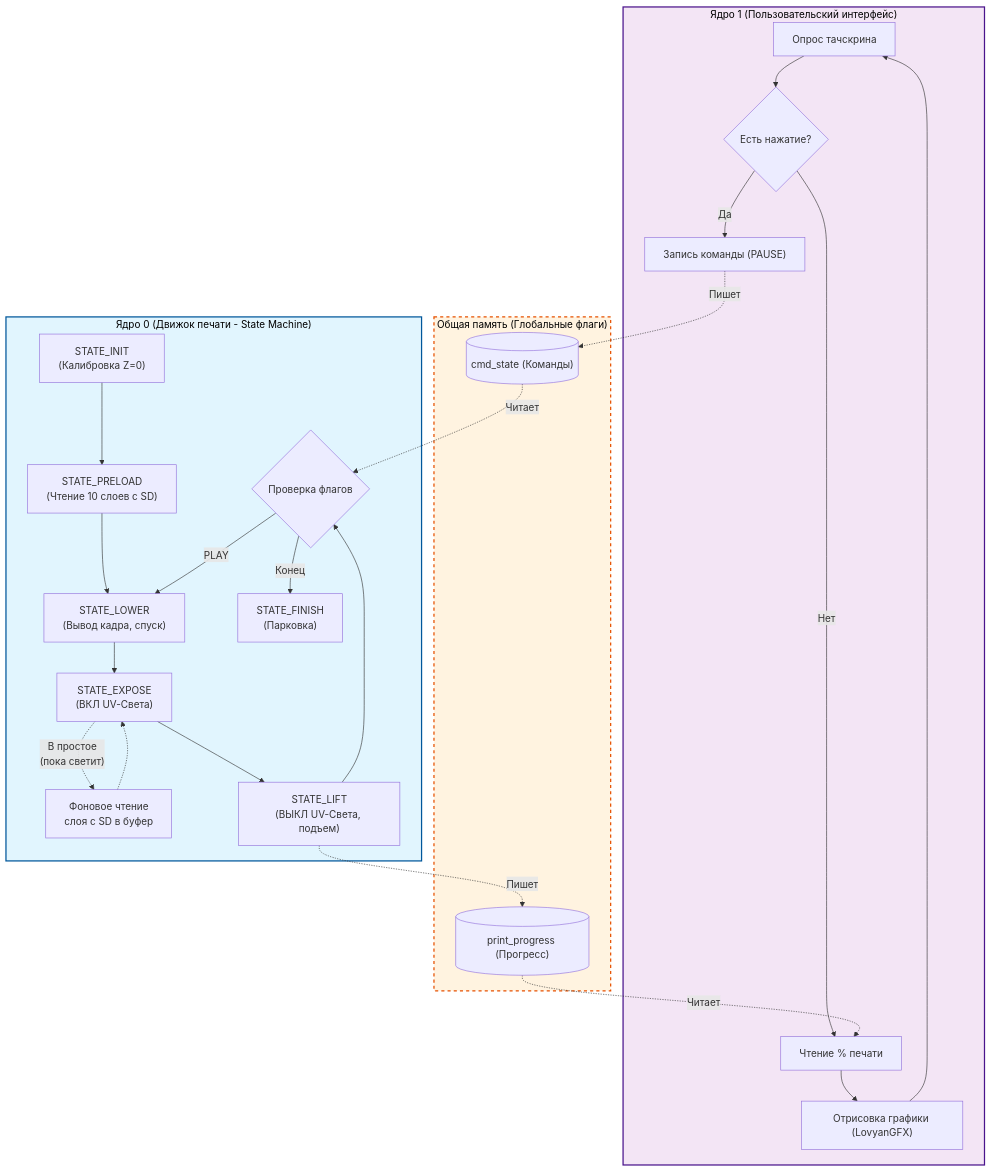
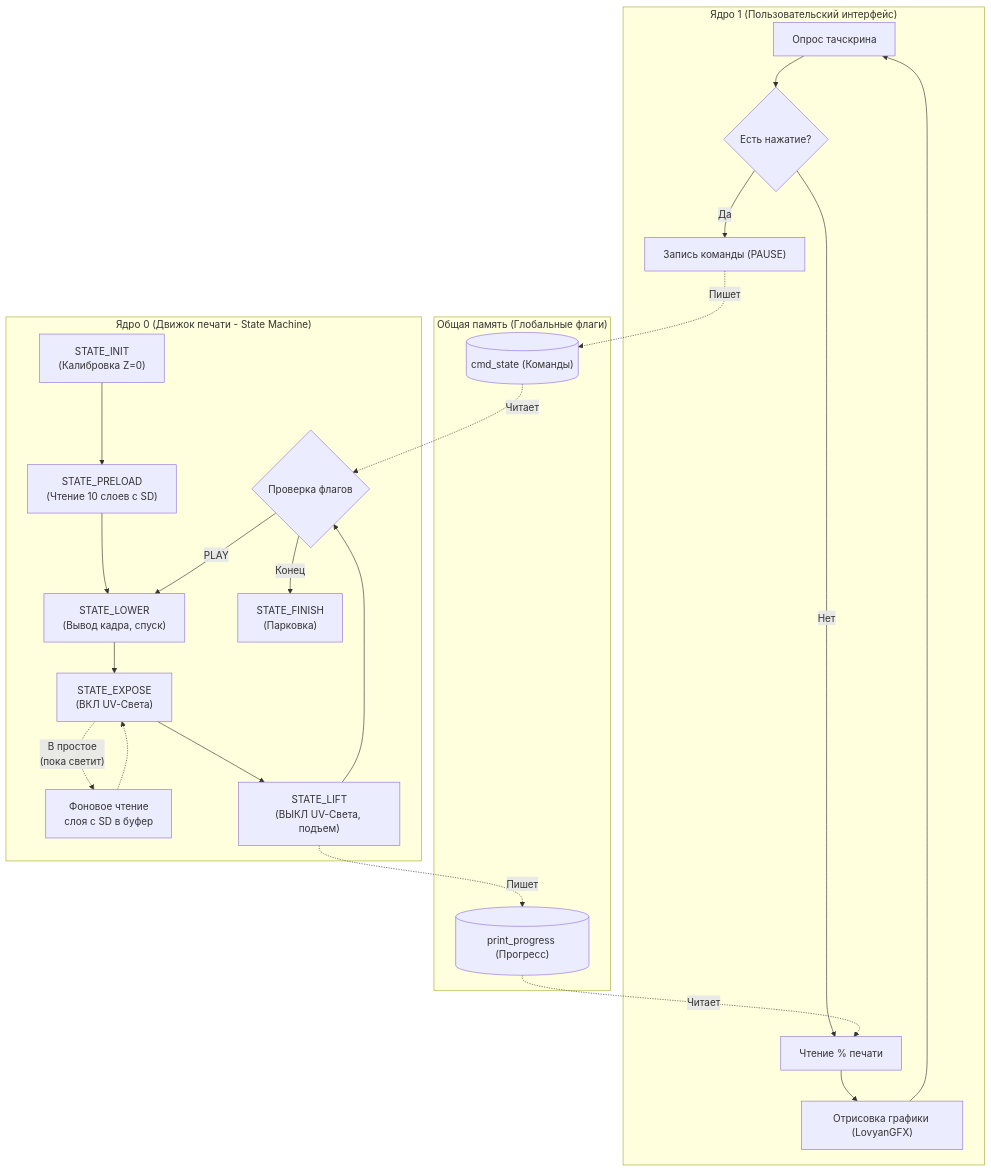
One commit to MEISSSTER/Mini_Pixel_proj changed the diagram in README.md. Above: the diagram before and after it, drawn with Mermaid.

Commit message:
Update mermaid diagram by removing class definitions
Removed class definitions from the mermaid diagram in the README.

````diff
--- a/README.md
+++ b/README.md
@@ -80,46 +80,38 @@
 ```mermaid
 graph TD
-    classDef core0 fill:#e1f5fe,stroke:#01579b,stroke-width:2px,color:#000;
-    classDef core1 fill:#f3e5f5,stroke:#4a148c,stroke-width:2px,color:#000;
-    classDef mem fill:#fff3e0,stroke:#e65100,stroke-width:2px,stroke-dasharray: 5 5,color:#000;
-
     subgraph Core1 ["Ядро 1 (Пользовательский интерфейс)"]
         UI1["Опрос тачскрина"] --> UI2{"Есть нажатие?"}
         UI2 -- Да --> UI3["Запись команды (PAUSE)"]
         UI2 -- Нет --> UI4["Чтение % печати"]
         UI4 --> UI5["Отрисовка графики (LovyanGFX)"]
         UI5 --> UI1
     end
 
     subgraph Shared ["Общая память (Глобальные флаги)"]
         CMD[("cmd_state (Команды)")]
         PROG[("print_progress (Прогресс)")]
     end
 
     subgraph Core0 ["Ядро 0 (Движок печати - State Machine)"]
         S1["STATE_INIT\n(Калибровка Z=0)"] --> S2["STATE_PRELOAD\n(Чтение 10 слоев с SD)"]
         S2 --> S3["STATE_LOWER\n(Вывод кадра, спуск)"]
         
         S3 --> S4["STATE_EXPOSE\n(ВКЛ UV-Света)"]
         
         S4 -. "В простое\n(пока светит)" .-> SD["Фоновое чтение\nслоя с SD в буфер"]
         SD -.-> S4
         
         S4 --> S5["STATE_LIFT\n(ВЫКЛ UV-Света, подъем)"]
         
         S5 --> S6{"Проверка флагов"}
         S6 -- "PLAY" --> S3
         S6 -- "Конец" --> S7["STATE_FINISH\n(Парковка)"]
     end
 
     %% Межъядерное взаимодействие через память
     UI3 -. "Пишет" .-> CMD
     PROG -. "Читает" .-> UI4
     
     S5 -. "Пишет" .-> PROG
     CMD -. "Читает" .-> S6
-
-    class Core0 core0;
-    class Core1 core1;
-    class Shared mem;
 ```
````
